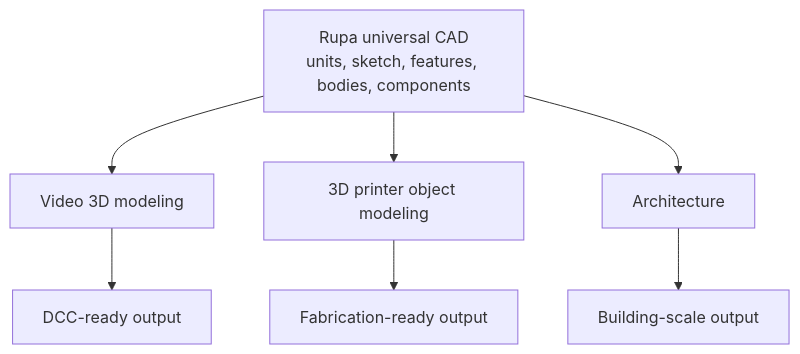
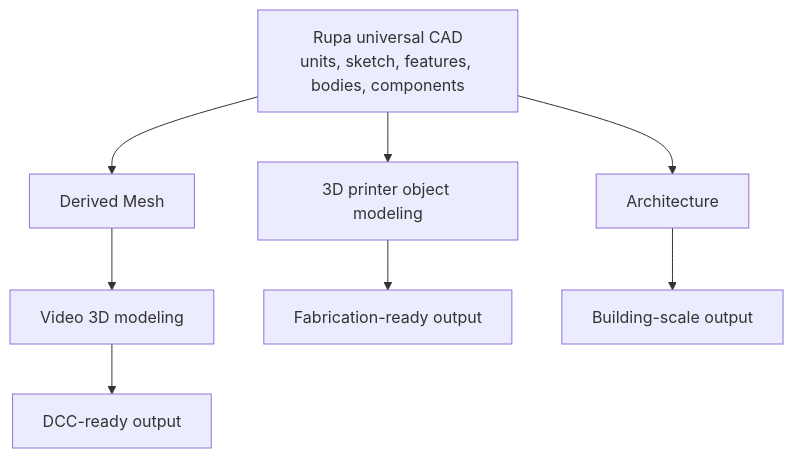
One commit to 1amageek/Rupa changed the first of 5 diagrams in Rupa/PRODUCT_REQUIREMENTS.md. Above: the diagram before and after it, drawn with Mermaid. The commit also changed other lines of this file and 18 other files, not shown here.

Commit message:
docs: define CAD and Mesh responsibilities

````diff
--- a/Rupa/PRODUCT_REQUIREMENTS.md
+++ b/Rupa/PRODUCT_REQUIREMENTS.md
@@ -31,10 +36,11 @@
 ```mermaid
 flowchart TD
-    CAD["Rupa universal CAD<br/>units, sketch, features, bodies, components"] --> Video["Video 3D modeling"]
+    CAD["Rupa universal CAD<br/>units, sketch, features, bodies, components"] --> Tessellation["Derived Mesh"]
+    Tessellation --> Video["Video 3D modeling"]
     CAD --> Print["3D printer object modeling"]
     CAD --> Architecture["Architecture"]
 
     Video --> DCC["DCC-ready output"]
     Print --> Fabrication["Fabrication-ready output"]
     Architecture --> Building["Building-scale output"]
 ```
````
